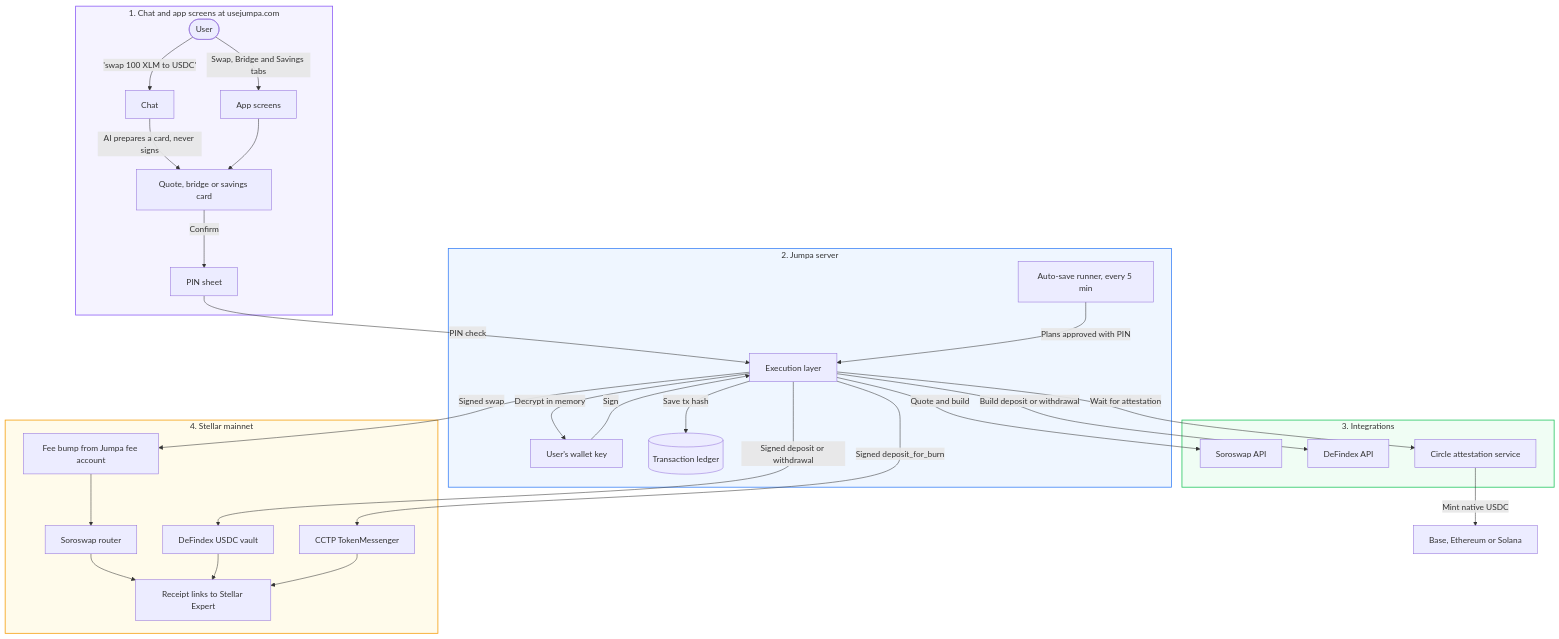
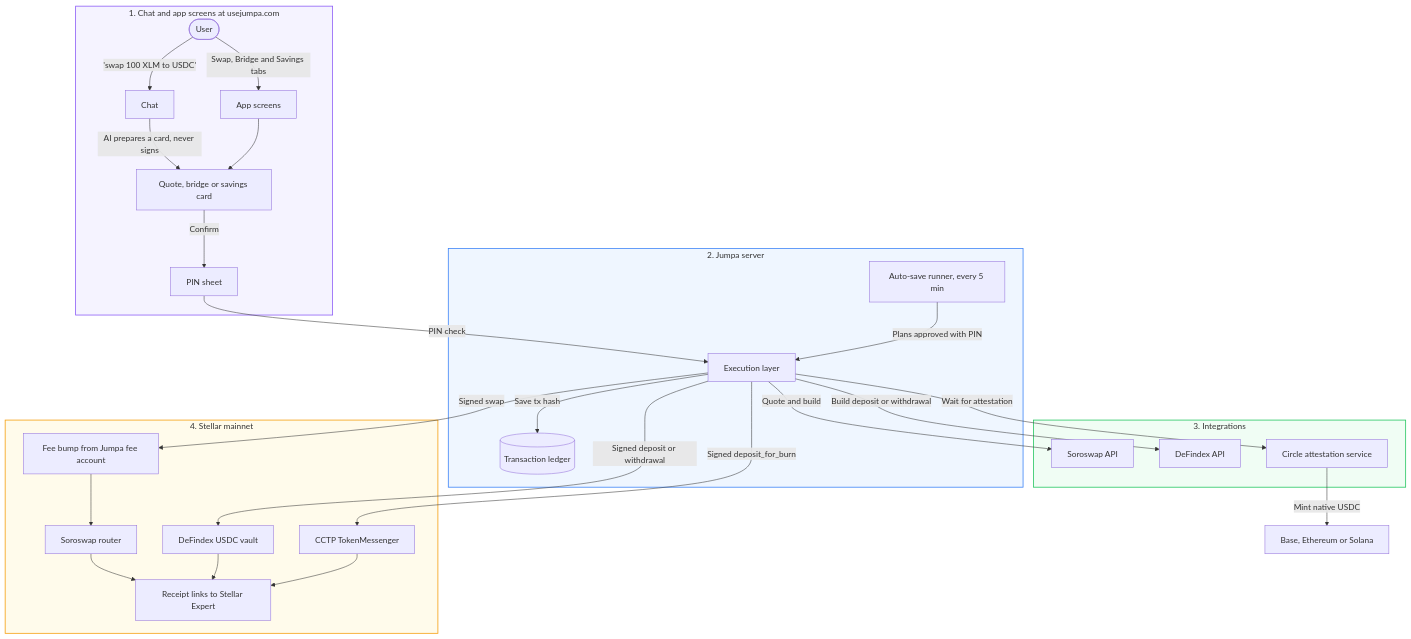
Before and after one commit to official-jumpa/jumpa-web-app: the diagram in docs/TRANCHE_3_COMPLETE.md, drawn with Mermaid. The commit also changed other lines of this file and 1 other file, not shown here.

````diff
--- a/docs/TRANCHE_3_COMPLETE.md
+++ b/docs/TRANCHE_3_COMPLETE.md
@@ -71,46 +67,44 @@
 ```mermaid
 flowchart TD
     subgraph App ["1. Chat and app screens at usejumpa.com"]
         User(["User"]) -->|"'swap 100 XLM to USDC'"| Chat["Chat"]
         User -->|"Swap, Bridge and Savings tabs"| Screens["App screens"]
         Chat -->|"AI prepares a card, never signs"| Card["Quote, bridge or savings card"]
         Screens --> Card
         Card -->|"Confirm"| Pin["PIN sheet"]
     end
 
     subgraph Server ["2. Jumpa server"]
         Pin -->|"PIN check"| Exec["Execution layer"]
         Cron["Auto-save runner, every 5 min"] -->|"Plans approved with PIN"| Exec
-        Exec -->|"Decrypt in memory"| Keys["User's wallet key"]
-        Keys -->|"Sign"| Exec
         Exec -->|"Save tx hash"| Ledger[("Transaction ledger")]
     end
 
     subgraph Integrations ["3. Integrations"]
         Exec -->|"Quote and build"| SoroswapAPI["Soroswap API"]
         Exec -->|"Build deposit or withdrawal"| DeFindexAPI["DeFindex API"]
         Exec -->|"Wait for attestation"| Iris["Circle attestation service"]
     end
 
     subgraph Mainnet ["4. Stellar mainnet"]
         Exec -->|"Signed swap"| FeeBump["Fee bump from Jumpa fee account"]
         FeeBump --> Router["Soroswap router"]
         Exec -->|"Signed deposit or withdrawal"| Vault["DeFindex USDC vault"]
         Exec -->|"Signed deposit_for_burn"| Messenger["CCTP TokenMessenger"]
         Router --> Explorer["Receipt links to Stellar Expert"]
         Vault --> Explorer
         Messenger --> Explorer
     end
 
     Iris -->|"Mint native USDC"| Dest["Base, Ethereum or Solana"]
 
     classDef ui fill:#f5f3ff,stroke:#8b5cf6,stroke-width:1.5px;
     classDef server fill:#eff6ff,stroke:#3b82f6,stroke-width:1.5px;
     classDef proto fill:#f0fdf4,stroke:#22c55e,stroke-width:1.5px;
     classDef chain fill:#fffbeb,stroke:#f59e0b,stroke-width:1.5px;
 
     class App ui;
     class Server server;
     class Integrations proto;
     class Mainnet chain;
 ```
````
